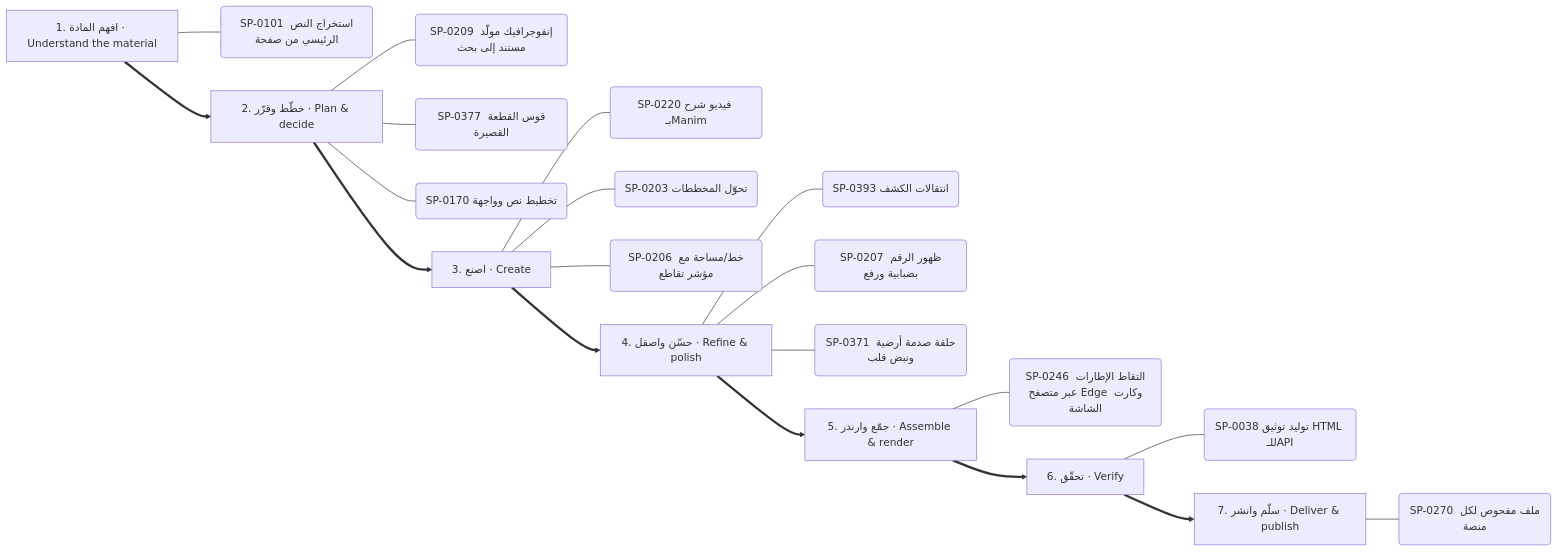
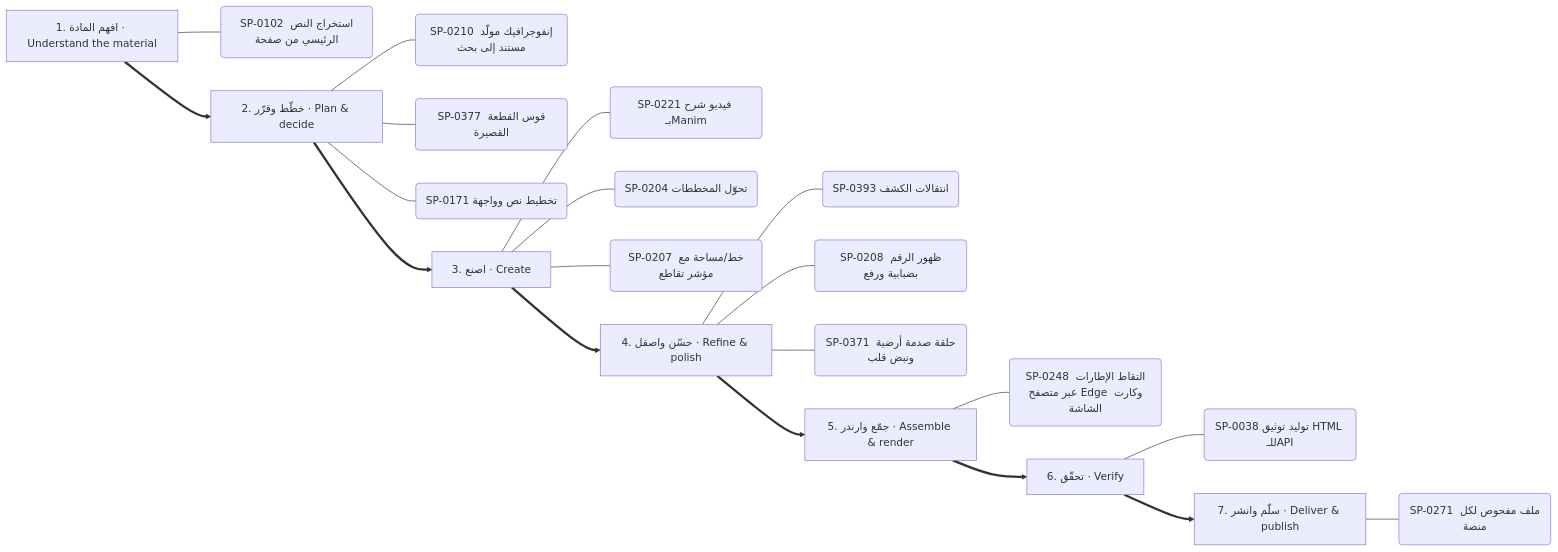
The fifth of 13 diagrams in .claude/skills/kosif-superpowers/references/capability-mindmap.md (kosif199022-jpg/kosif-tool), drawn with Mermaid before and after one commit. The commit also changed other lines of this file and 51 other files, not shown here.

````diff
--- a/.claude/skills/kosif-superpowers/references/capability-mindmap.md
+++ b/.claude/skills/kosif-superpowers/references/capability-mindmap.md
@@ -271,29 +271,29 @@
 ```mermaid
 flowchart LR
   S0["1. افهم المادة · Understand the material"]
-  S0 --- S0_0("SP-0101 استخراج النص الرئيسي من صفحة")
+  S0 --- S0_0("SP-0102 استخراج النص الرئيسي من صفحة")
   S1["2. خطّط وقرّر · Plan & decide"]
-  S1 --- S1_0("SP-0209 إنفوجرافيك مولَّد مستند إلى بحث")
+  S1 --- S1_0("SP-0210 إنفوجرافيك مولَّد مستند إلى بحث")
   S1 --- S1_1("SP-0377 قوس القطعة القصيرة")
-  S1 --- S1_2("SP-0170 تخطيط نص وواجهة")
+  S1 --- S1_2("SP-0171 تخطيط نص وواجهة")
   S0 ==> S1
   S2["3. اصنع · Create"]
-  S2 --- S2_0("SP-0220 فيديو شرح بـManim")
-  S2 --- S2_1("SP-0203 تحوّل المخططات")
-  S2 --- S2_2("SP-0206 خط/مساحة مع مؤشر تقاطع")
+  S2 --- S2_0("SP-0221 فيديو شرح بـManim")
+  S2 --- S2_1("SP-0204 تحوّل المخططات")
+  S2 --- S2_2("SP-0207 خط/مساحة مع مؤشر تقاطع")
   S1 ==> S2
   S3["4. حسّن واصقل · Refine & polish"]
   S3 --- S3_0("SP-0393 انتقالات الكشف")
-  S3 --- S3_1("SP-0207 ظهور الرقم بضبابية ورفع")
+  S3 --- S3_1("SP-0208 ظهور الرقم بضبابية ورفع")
   S3 --- S3_2("SP-0371 حلقة صدمة أرضية ونبض قلب")
   S2 ==> S3
   S4["5. جمّع وارندر · Assemble & render"]
-  S4 --- S4_0("SP-0246 التقاط الإطارات عبر متصفح Edge وكارت الشاشة")
+  S4 --- S4_0("SP-0248 التقاط الإطارات عبر متصفح Edge وكارت الشاشة")
   S3 ==> S4
   S5["6. تحقّق · Verify"]
   S5 --- S5_0("SP-0038 توليد توثيق HTML للـAPI")
   S4 ==> S5
   S6["7. سلّم وانشر · Deliver & publish"]
-  S6 --- S6_0("SP-0270 ملف مفحوص لكل منصة")
+  S6 --- S6_0("SP-0271 ملف مفحوص لكل منصة")
   S5 ==> S6
 ```
````
